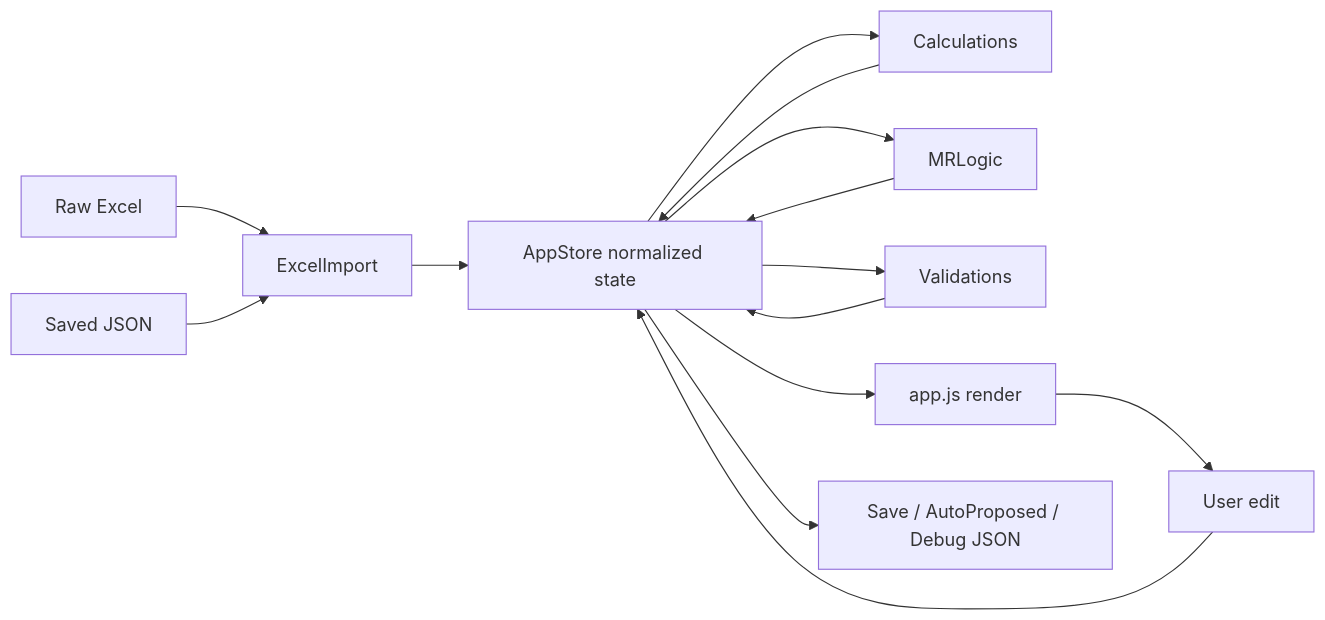
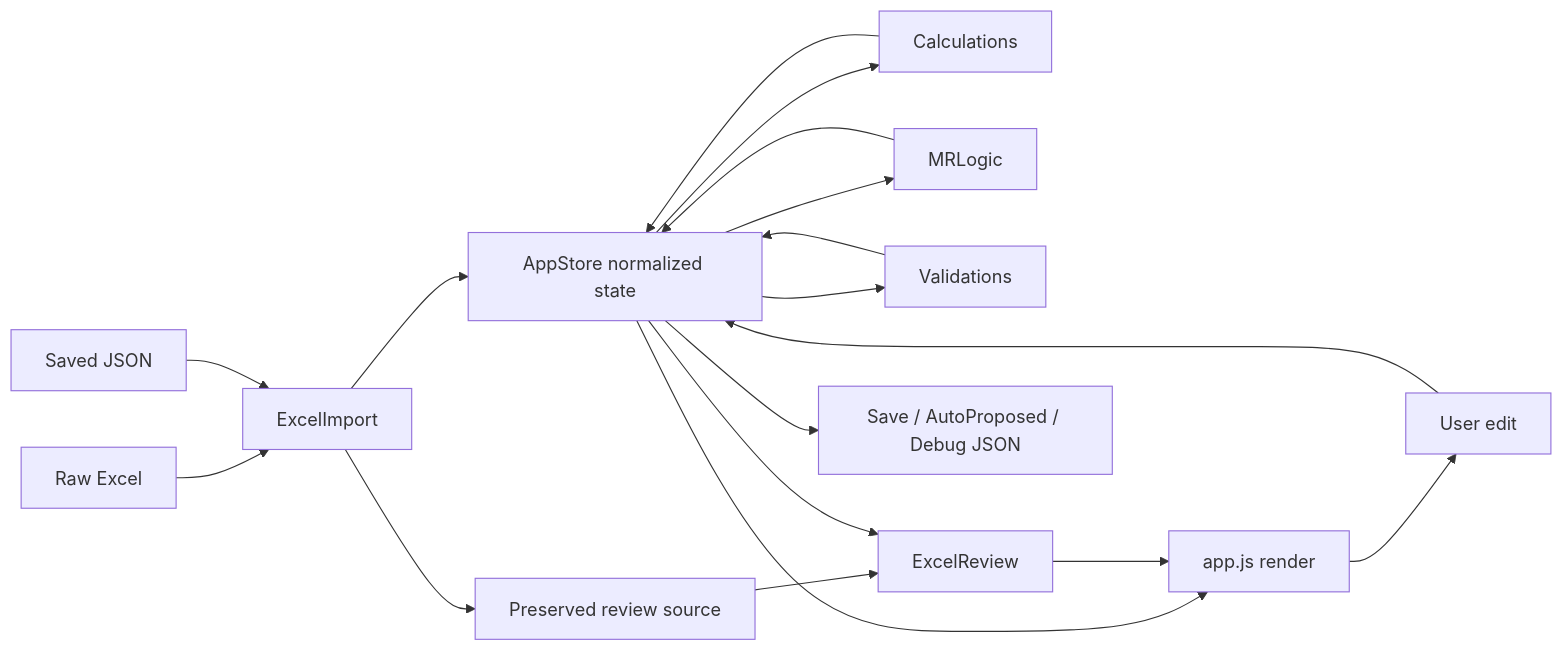
One commit to MerinoELuis/Pole-Calculator changed the diagram in docs/ARCHITECTURE.md. Above: the diagram before and after it, drawn with Mermaid. The commit also changed other lines of this file and 14 other files, not shown here.

Commit message:
Add Excel workbook review workflow

````diff
--- a/docs/ARCHITECTURE.md
+++ b/docs/ARCHITECTURE.md
@@ -43,16 +45,20 @@
 ```mermaid
 flowchart LR
     A[Raw Excel] --> B[ExcelImport]
     J[Saved JSON] --> B
     B --> C[AppStore normalized state]
+    B --> R[Preserved review source]
     C --> D[Calculations]
     D --> C
     C --> E[MRLogic]
     E --> C
     C --> F[Validations]
     F --> C
     C --> G[app.js render]
+    R --> X[ExcelReview]
+    C --> X
+    X --> G
     G --> H[User edit]
     H --> C
     C --> I[Save / AutoProposed / Debug JSON]
 ```
````
